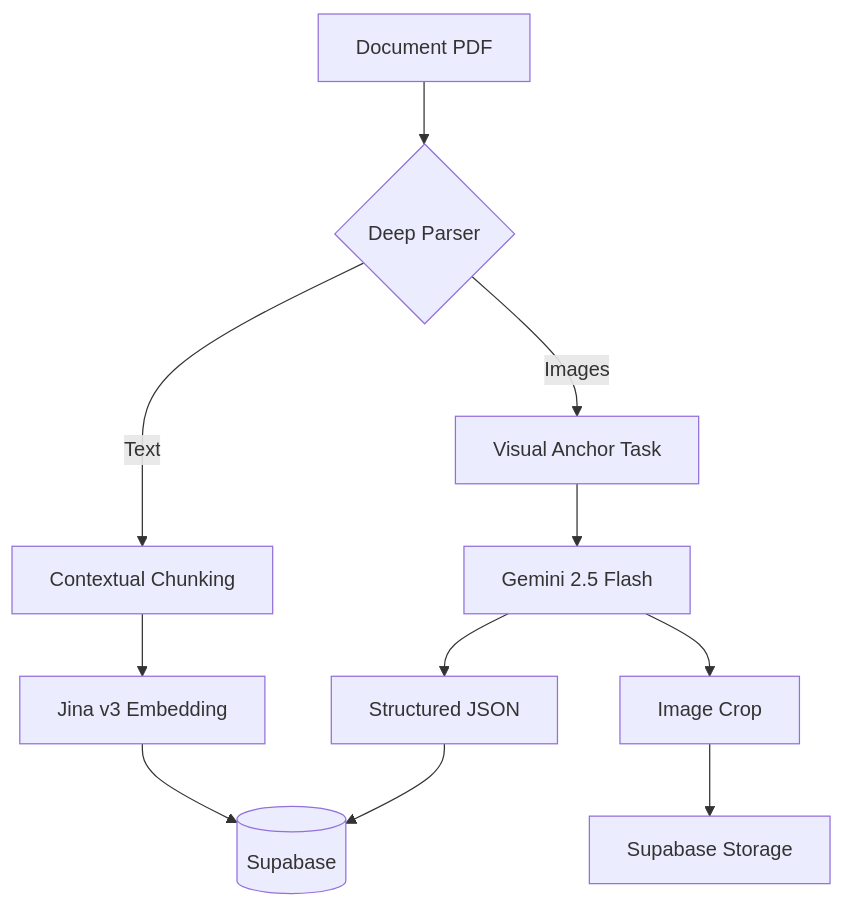
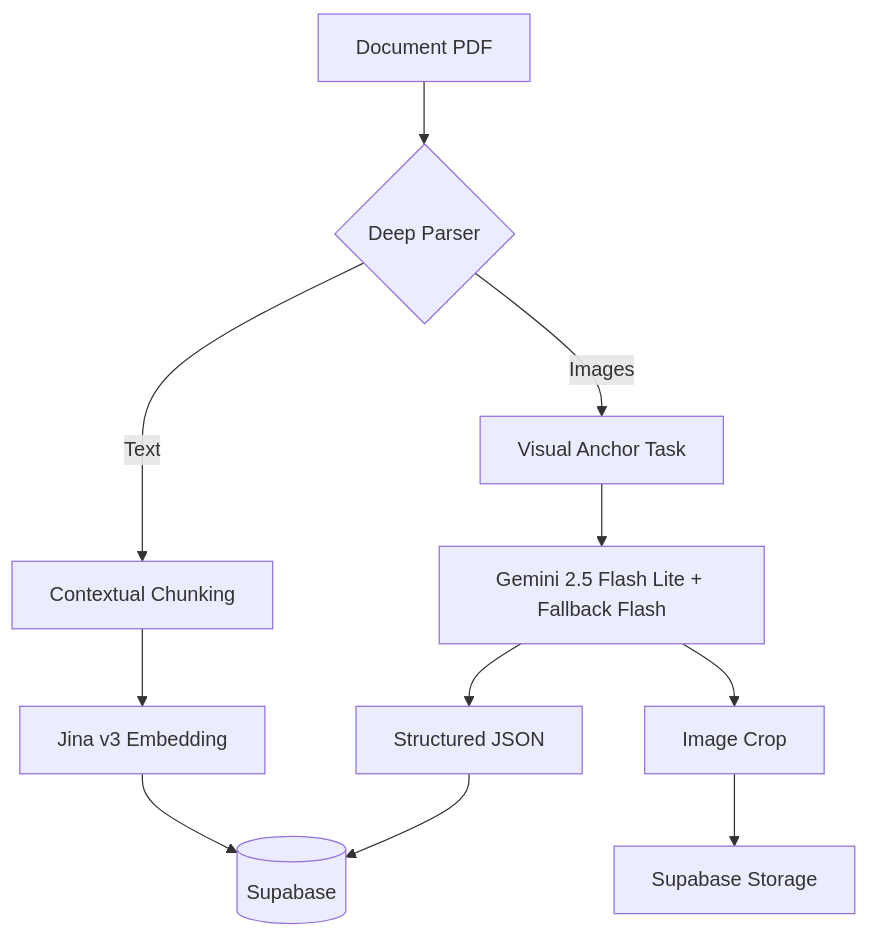
The second of 3 diagrams in rag-ingestion/docs/one-page-architecture.md (mcalza96/CIRE-RAG), drawn with Mermaid before and after one commit. The commit also changed 3 other files, not shown here.

Commit message:
docs: sync architecture and READMEs with current state (Python 3.13, Dual-Model Gemini, Core Schema)

````diff
--- a/rag-ingestion/docs/one-page-architecture.md
+++ b/rag-ingestion/docs/one-page-architecture.md
@@ -35,16 +35,16 @@
 ```mermaid
 flowchart TD
     In[Document PDF] --> P{Deep Parser}
     P -->|Text| C[Contextual Chunking]
     P -->|Images| V[Visual Anchor Task]
     
     C --> J[Jina v3 Embedding]
-    V --> VLM[Gemini 2.5 Flash]
+    V --> VLM[Gemini 2.5 Flash Lite + Fallback Flash]
     
     VLM --> S[Structured JSON]
     VLM --> CR[Image Crop]
     
     S --> DB[(Supabase)]
     CR --> ST[Supabase Storage]
     J --> DB
 ```
````
